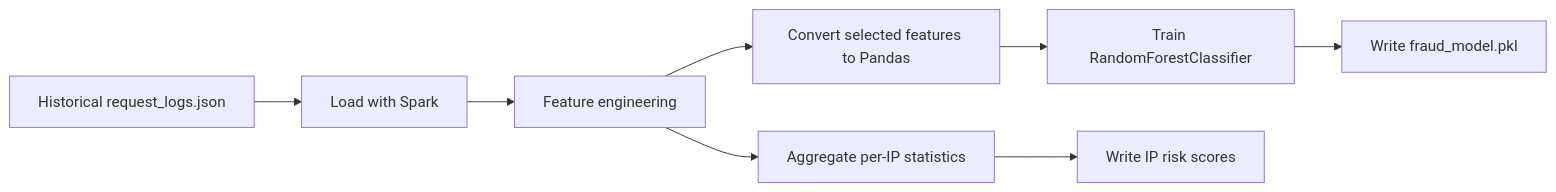
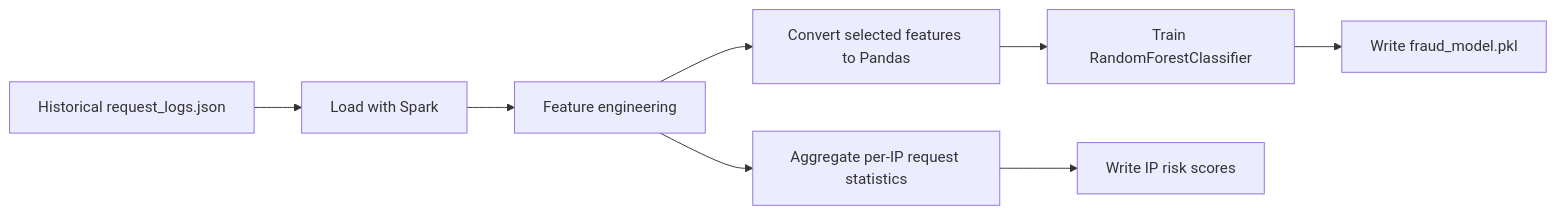
One commit to IamMistake/ai-ad-request-safety-pipeline changed the diagram in docs/spark_analytics.md. Above: the diagram before and after it, drawn with Mermaid. The commit also changed other lines of this file and 7 other files, not shown here.

````diff
--- a/docs/spark_analytics.md
+++ b/docs/spark_analytics.md
@@ -25,10 +25,10 @@
 ```mermaid
 flowchart LR
     A[Historical request_logs.json] --> B[Load with Spark]
     B --> C[Feature engineering]
-    C --> D[Aggregate per-IP statistics]
+    C --> D[Aggregate per-IP request statistics]
     C --> E[Convert selected features to Pandas]
     E --> F[Train RandomForestClassifier]
     D --> G[Write IP risk scores]
     F --> H[Write fraud_model.pkl]
 ```
````
